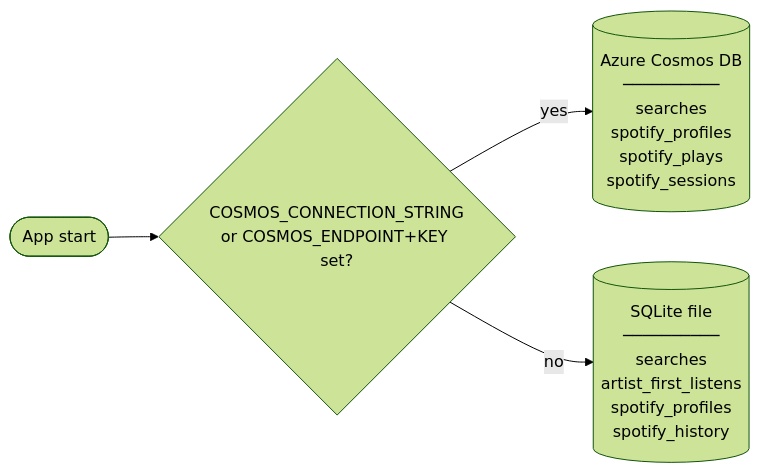
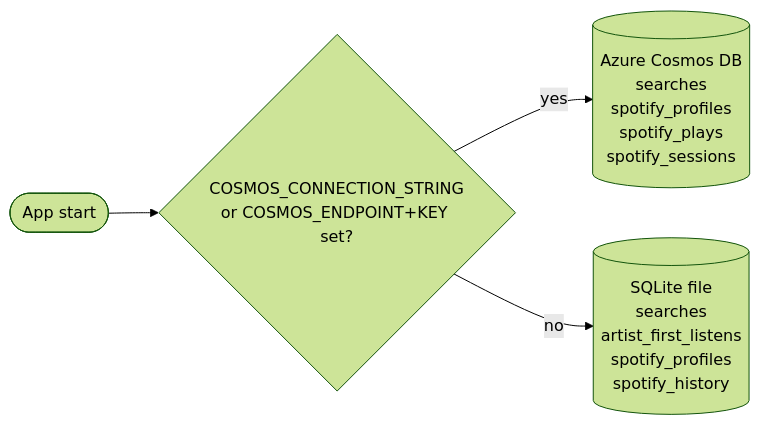
One commit to jetzlstorfer/lastfm-timetraveler changed the third of 4 diagrams in README.md. Above: the diagram before and after it, drawn with Mermaid (forest theme). The commit also changed other lines of this file, not shown here.

Commit message:
fix: fix README Mermaid rendering and add missing import-progress endpoint
Agent-Logs-Url: https://github.com/jetzlstorfer/lastfm-timetraveler/sessions/1d0b9f1f-3c4b-492a-ba76-bede04e0d24f

````diff
--- a/README.md
+++ b/README.md
@@ -174,6 +174,6 @@
 ```mermaid
 flowchart LR
   start([App start]) --> check{COSMOS_CONNECTION_STRING<br/>or COSMOS_ENDPOINT+KEY set?}
-  check -- yes --> cosmos[("Azure Cosmos DB<br/>──────────<br/>searches<br/>spotify_profiles<br/>spotify_plays<br/>spotify_sessions")]
-  check -- no --> sqlite[("SQLite file<br/>──────────<br/>searches<br/>artist_first_listens<br/>spotify_profiles<br/>spotify_history")]
+  check -- yes --> cosmos[("Azure Cosmos DB<br/>searches<br/>spotify_profiles<br/>spotify_plays<br/>spotify_sessions")]
+  check -- no --> sqlite[("SQLite file<br/>searches<br/>artist_first_listens<br/>spotify_profiles<br/>spotify_history")]
 ```
````
